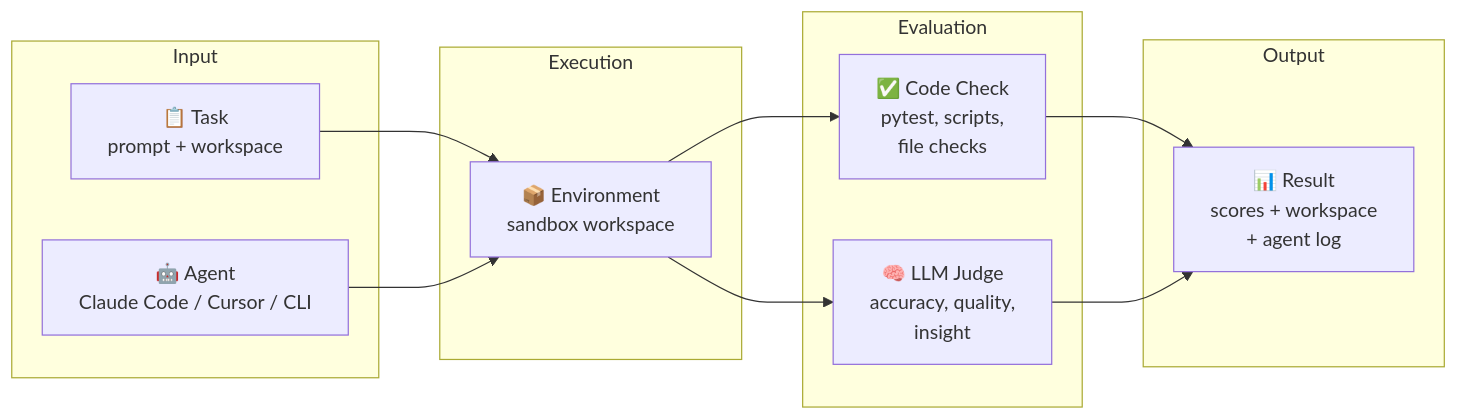
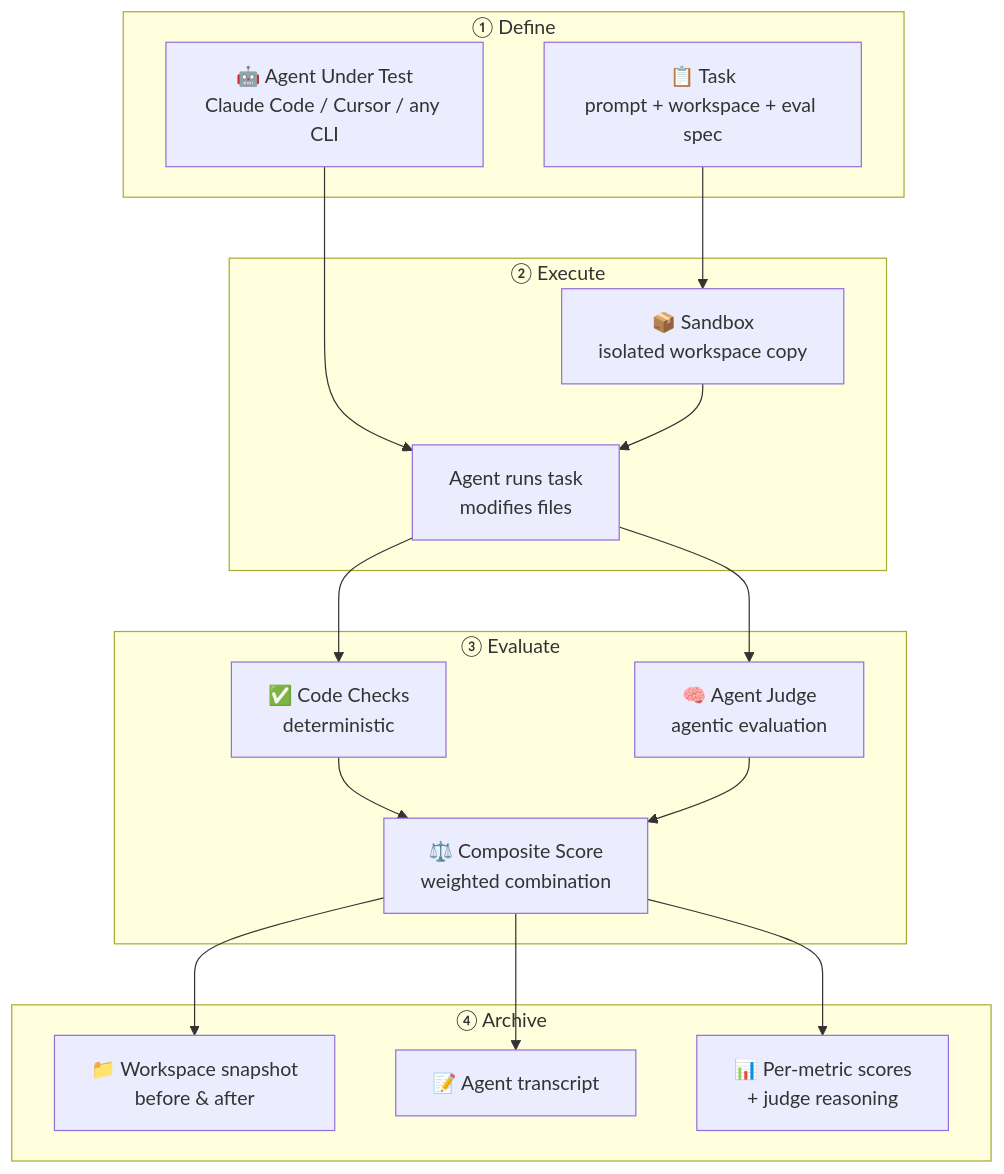
Before and after one commit to xufanglin/auto-agent-eval: the second of 4 diagrams in README.md, drawn with Mermaid. The commit also changed other lines of this file, not shown here.

Commit message:
README: elevate Agent-as-Judge concept, incorporate Anthropic eval principles

````diff
--- a/README.md
+++ b/README.md
@@ -9,27 +29,35 @@
 ```mermaid
-flowchart LR
-    subgraph Input
-        T[📋 Task<br/>prompt + workspace]
-        A[🤖 Agent<br/>Claude Code / Cursor / CLI]
+flowchart TB
+    subgraph Define["① Define"]
+        TASK[📋 Task<br/>prompt + workspace + eval spec]
+        AGENT[🤖 Agent Under Test<br/>Claude Code / Cursor / any CLI]
     end
 
-    subgraph Execution
-        E[📦 Environment<br/>sandbox workspace]
+    subgraph Execute["② Execute"]
+        ENV[📦 Sandbox<br/>isolated workspace copy]
+        RUN[Agent runs task<br/>modifies files]
     end
 
-    subgraph Evaluation
-        CC[✅ Code Check<br/>pytest, scripts,<br/>file checks]
-        LJ[🧠 LLM Judge<br/>accuracy, quality,<br/>insight]
+    subgraph Evaluate["③ Evaluate"]
+        CC[✅ Code Checks<br/>deterministic]
+        AJ[🧠 Agent Judge<br/>agentic evaluation]
+        COMP[⚖️ Composite Score<br/>weighted combination]
     end
 
-    subgraph Output
-        R[📊 Result<br/>scores + workspace<br/>+ agent log]
+    subgraph Archive["④ Archive"]
+        WS[📁 Workspace snapshot<br/>before & after]
+        LOG[📝 Agent transcript]
+        SCORE[📊 Per-metric scores<br/>+ judge reasoning]
     end
 
-    T --> E
-    A --> E
-    E --> CC
-    E --> LJ
-    CC --> R
-    LJ --> R
+    TASK --> ENV
+    AGENT --> RUN
+    ENV --> RUN
+    RUN --> CC
+    RUN --> AJ
+    CC --> COMP
+    AJ --> COMP
+    COMP --> WS
+    COMP --> LOG
+    COMP --> SCORE
 ```
````
